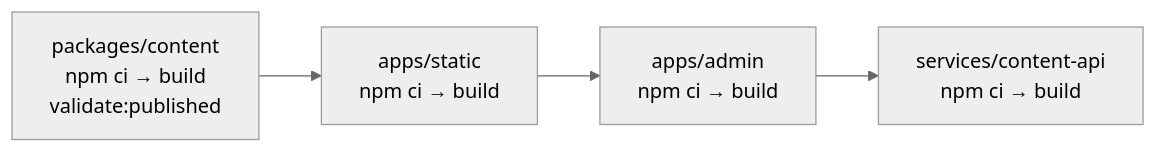
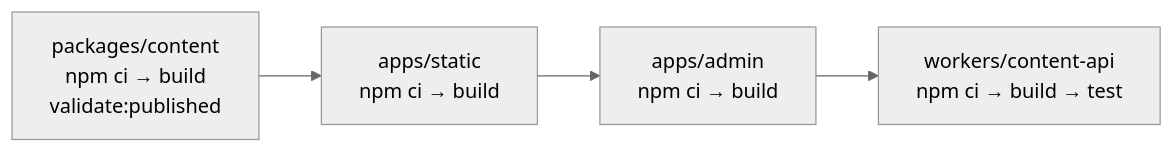
The eighth of 15 diagrams in docs/architecture.md (Bonae-Tech/bonae-tech), drawn with Mermaid (neutral theme) before and after one commit. The commit also changed other lines of this file and 62 other files, not shown here.

First line of the commit message:
Hybrid Cloudflare + AWS Cognito architecture (#58)

````diff
--- a/docs/architecture.md
+++ b/docs/architecture.md
@@ -333,9 +312,9 @@
 ```mermaid
 flowchart LR
     PC["packages/content\nnpm ci → build\nvalidate:published"]
     AS["apps/static\nnpm ci → build"]
     AA["apps/admin\nnpm ci → build"]
-    SCA["services/content-api\nnpm ci → build"]
+    WCA["workers/content-api\nnpm ci → build → test"]
 
-    PC --> AS --> AA --> SCA
+    PC --> AS --> AA --> WCA
 ```
````
